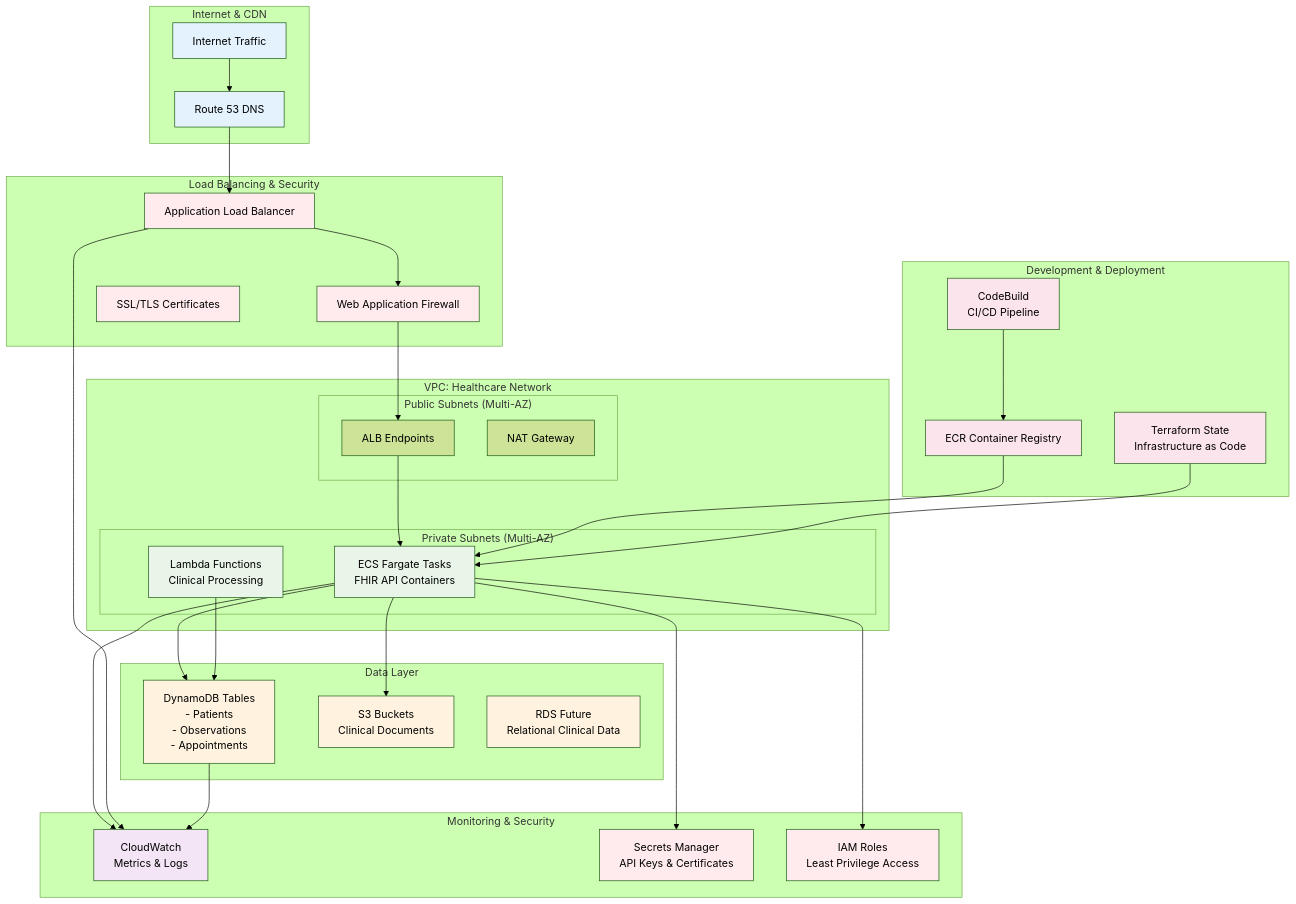
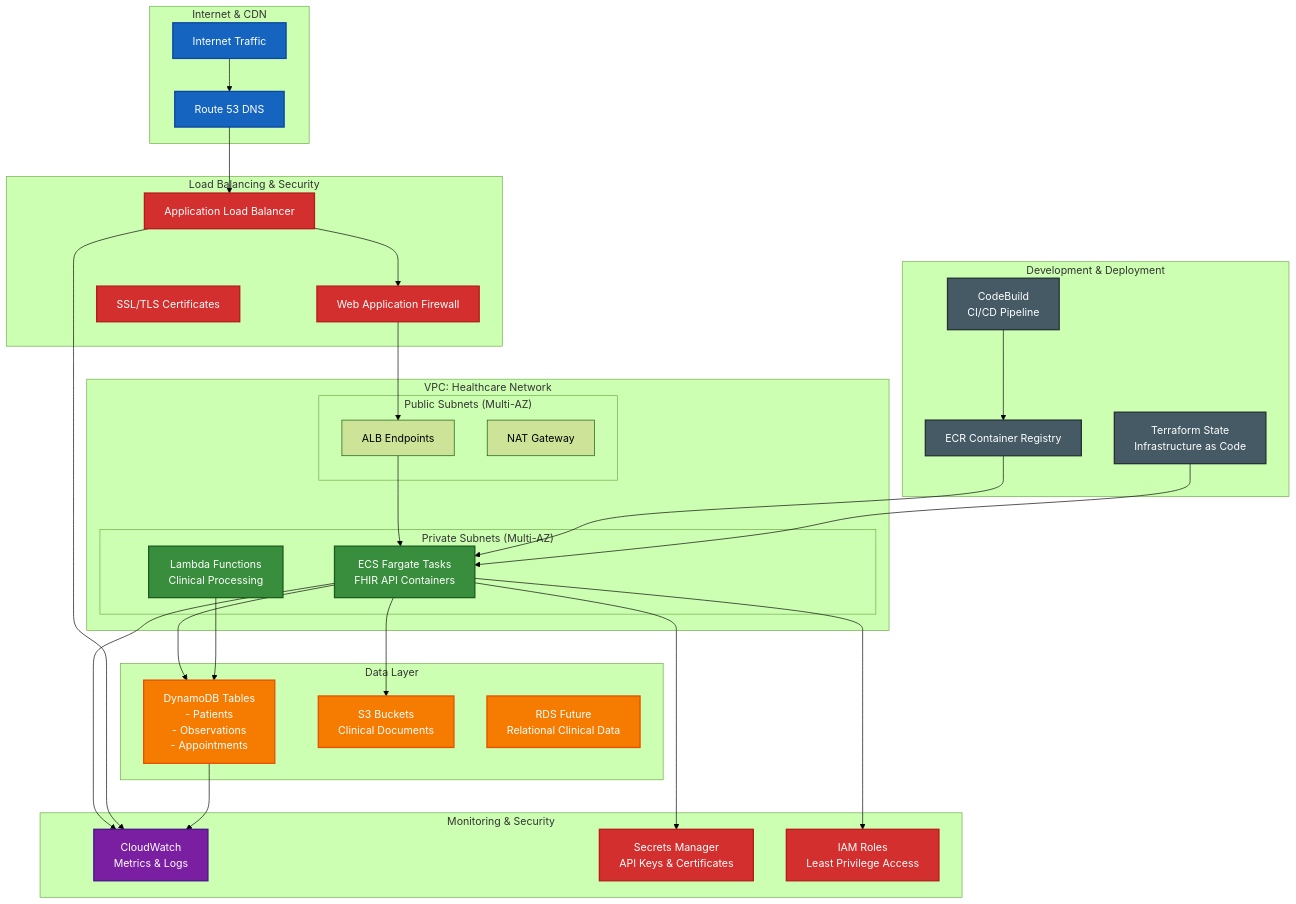
Before and after one commit to stevenscain/fhir-demo-node: the first of 4 diagrams in README.md, drawn with Mermaid (forest theme). The commit also changed other lines of this file and 2 other files, not shown here.

First line of the commit message:
style: Improve Mermaid diagram readability with high-contrast colors

````diff
--- a/README.md
+++ b/README.md
@@ -178,82 +178,82 @@
 ```mermaid
 graph TB
     subgraph "Internet & CDN"
         INTERNET[Internet Traffic]
         ROUTE53[Route 53 DNS]
     end
     
     subgraph "Load Balancing & Security"
         ALB[Application Load Balancer]
         WAF[Web Application Firewall]
         CERT[SSL/TLS Certificates]
     end
     
     subgraph "VPC: Healthcare Network"
         subgraph "Public Subnets (Multi-AZ)"
             ALB_PUB[ALB Endpoints]
             NAT[NAT Gateway]
         end
         
         subgraph "Private Subnets (Multi-AZ)"
             ECS["ECS Fargate Tasks<br/>FHIR API Containers"]
             LAMBDA["Lambda Functions<br/>Clinical Processing"]
         end
     end
     
     subgraph "Data Layer"
         DYNAMO["DynamoDB Tables<br/>- Patients<br/>- Observations<br/>- Appointments"]
         S3["S3 Buckets<br/>Clinical Documents"]
         RDS["RDS Future<br/>Relational Clinical Data"]
     end
     
     subgraph "Monitoring & Security"
         CLOUDWATCH["CloudWatch<br/>Metrics & Logs"]
         SECRETS["Secrets Manager<br/>API Keys & Certificates"]
         IAM["IAM Roles<br/>Least Privilege Access"]
     end
     
     subgraph "Development & Deployment"
         ECR["ECR Container Registry"]
         CODEBUILD["CodeBuild<br/>CI/CD Pipeline"]
         TERRAFORM["Terraform State<br/>Infrastructure as Code"]
     end
 
     %% Traffic Flow
     INTERNET --> ROUTE53
     ROUTE53 --> ALB
     ALB --> WAF
     WAF --> ALB_PUB
     ALB_PUB --> ECS
     ECS --> DYNAMO
     ECS --> S3
     ECS --> CLOUDWATCH
     
     %% Security & Access
     ECS --> SECRETS
     ECS --> IAM
     LAMBDA --> DYNAMO
     
     %% Deployment Flow
     CODEBUILD --> ECR
     ECR --> ECS
     TERRAFORM --> ECS
     
     %% Monitoring
     ALB --> CLOUDWATCH
     DYNAMO --> CLOUDWATCH
     
     %% Styling
-    classDef internet fill:#e3f2fd
-    classDef security fill:#ffebee
-    classDef compute fill:#e8f5e8
-    classDef data fill:#fff3e0
-    classDef monitor fill:#f3e5f5
-    classDef deploy fill:#fce4ec
+    classDef internet fill:#1565C0,stroke:#0D47A1,stroke-width:2px,color:#FFFFFF
+    classDef security fill:#D32F2F,stroke:#B71C1C,stroke-width:2px,color:#FFFFFF
+    classDef compute fill:#388E3C,stroke:#1B5E20,stroke-width:2px,color:#FFFFFF
+    classDef data fill:#F57C00,stroke:#E65100,stroke-width:2px,color:#FFFFFF
+    classDef monitor fill:#7B1FA2,stroke:#4A148C,stroke-width:2px,color:#FFFFFF
+    classDef deploy fill:#455A64,stroke:#263238,stroke-width:2px,color:#FFFFFF
 
     class INTERNET,ROUTE53 internet
     class ALB,WAF,CERT,IAM,SECRETS security
     class ECS,LAMBDA compute
     class DYNAMO,S3,RDS data
     class CLOUDWATCH monitor
     class ECR,CODEBUILD,TERRAFORM deploy
 ```
````
